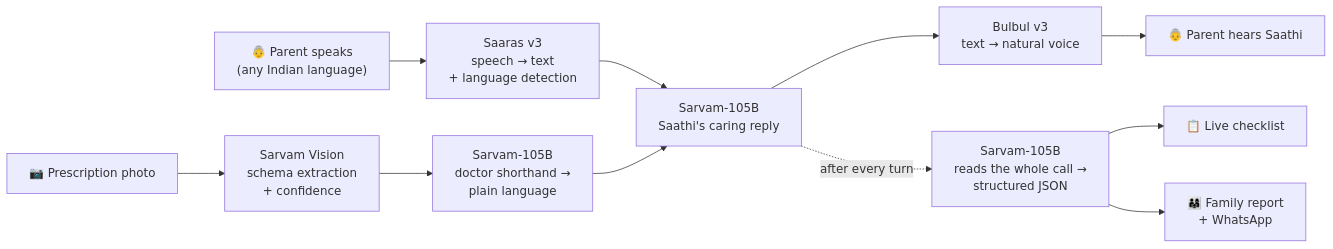
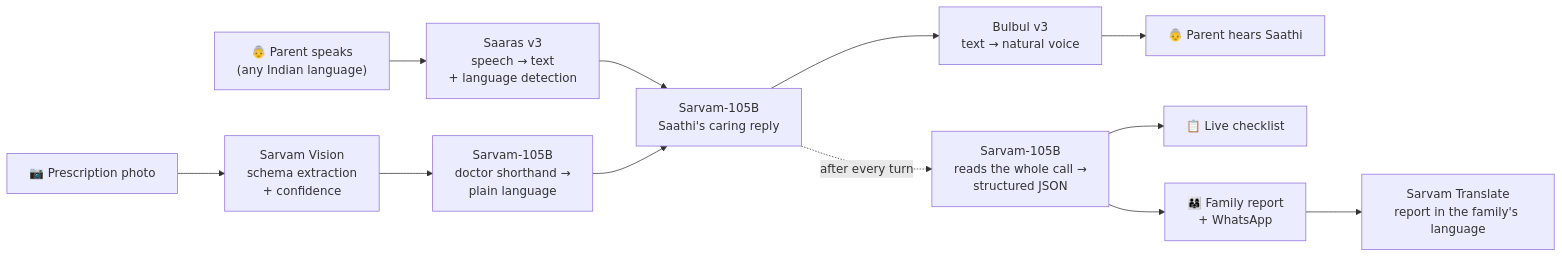
One commit to 23ME30056/saathi-voice-agent-SARVAM changed the diagram in README.md. Above: the diagram before and after it, drawn with Mermaid. The commit also changed other lines of this file and 4 other files, not shown here.

First line of the commit message:
v2.1: family report in 11 languages with Sarvam Translate; hosting-ready

````diff
--- a/README.md
+++ b/README.md
@@ -88,13 +89,14 @@
 ```mermaid
 flowchart LR
     P["👵 Parent speaks<br/>(any Indian language)"] --> STT["Saaras v3<br/>speech → text<br/>+ language detection"]
     STT --> LLM["Sarvam-105B<br/>Saathi's caring reply"]
     LLM --> TTS["Bulbul v3<br/>text → natural voice"]
     TTS --> H["👵 Parent hears Saathi"]
     LLM -. "after every turn" .-> INS["Sarvam-105B<br/>reads the whole call →<br/>structured JSON"]
     INS --> LIVE["📋 Live checklist"]
     INS --> REP["👨‍👩‍👧 Family report<br/>+ WhatsApp"]
     RX["📷 Prescription photo"] --> VIS["Sarvam Vision<br/>schema extraction<br/>+ confidence"]
     VIS --> NORM["Sarvam-105B<br/>doctor shorthand →<br/>plain language"]
     NORM --> LLM
+    REP --> TR["Sarvam Translate<br/>report in the family's language"]
 ```
````
